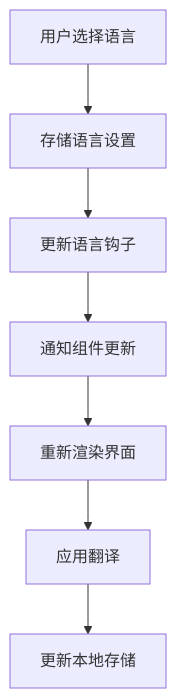
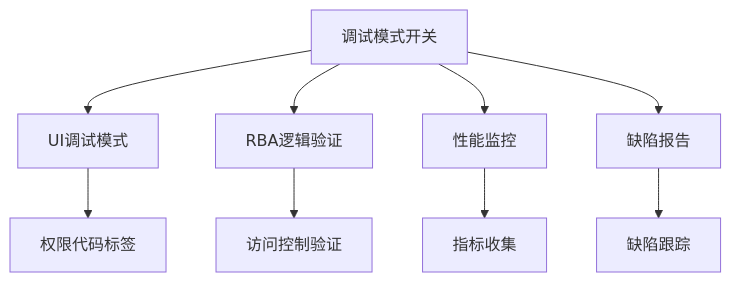
One commit to CubeEdge/Longhorn changed diagram 15 of 17 in .qoder/repowiki/zh/content/Admin Settings Component.md. Above: the diagram before and after it, drawn with Mermaid. The commit also changed other lines of this file and 53 other files, not shown here.

````diff
--- a/.qoder/repowiki/zh/content/Admin Settings Component.md
+++ b/.qoder/repowiki/zh/content/Admin Settings Component.md
@@ -740,9 +846,11 @@
 ```mermaid
 flowchart TD
-UserAction[用户选择语言] --> StoreLanguage[存储语言设置]
-StoreLanguage --> UpdateLanguageHook[更新语言钩子]
-UpdateLanguageHook --> NotifyComponents[通知组件更新]
-NotifyComponents --> ReRenderUI[重新渲染界面]
-ReRenderUI --> ApplyTranslations[应用翻译]
-ApplyTranslations --> UpdateLocalStorage[更新本地存储]
+DebugToggle[调试模式开关] --> UIDebug[UI调试模式]
+DebugToggle --> RBACValidation[RBA逻辑验证]
+DebugToggle --> PerformanceMonitoring[性能监控]
+DebugToggle --> BugReporting[缺陷报告]
+UIDebug --> PermissionTags[权限代码标签]
+RBACValidation --> AccessControl[访问控制验证]
+PerformanceMonitoring --> MetricsCollection[指标收集]
+BugReporting --> DefectTracking[缺陷跟踪]
 ```
````
